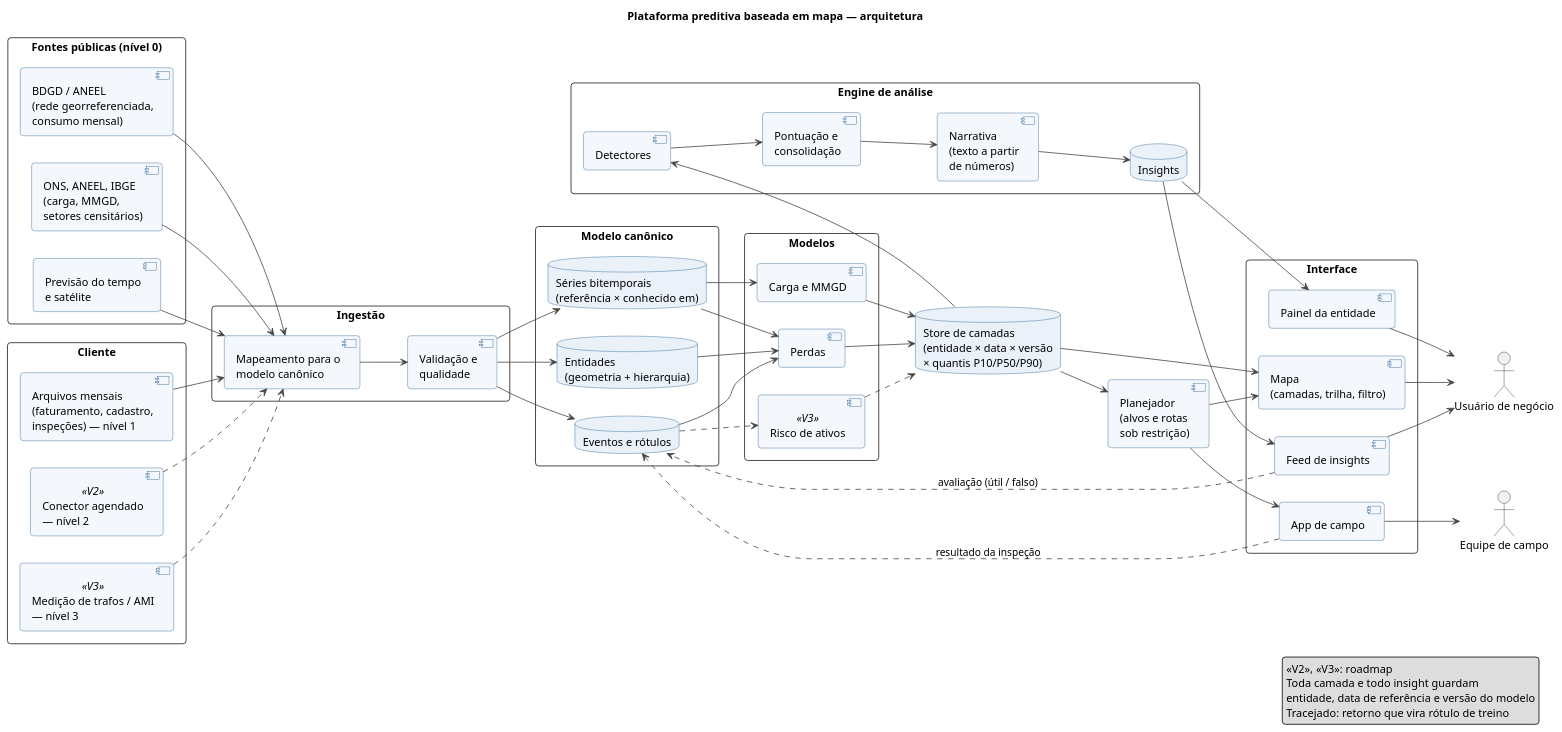
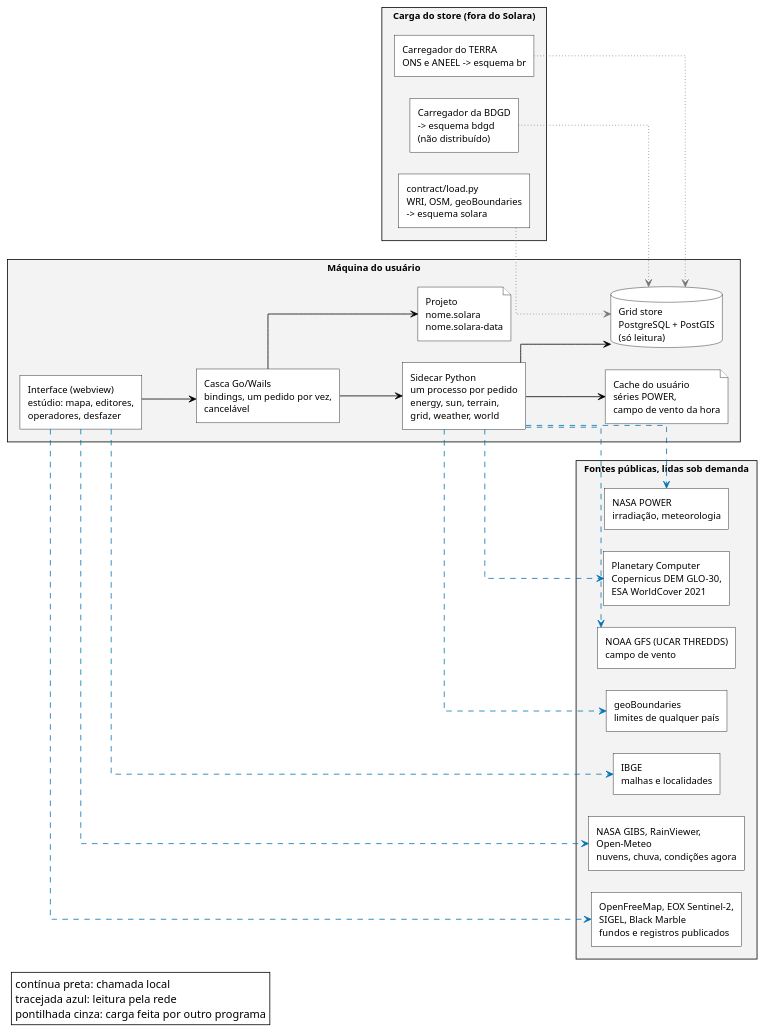
Before and after one commit to rexionmars/lucertae-research: the first of 2 diagrams in docs/product/diagrams/plataforma-mapa.puml, drawn with PlantUML. The commit also changed other lines of this file and 172 other files, not shown here.

```diff
--- a/docs/product/diagrams/plataforma-mapa.puml
+++ b/docs/product/diagrams/plataforma-mapa.puml
@@ -94,116 +15,86 @@
-@startuml arquitetura-mapa
-title Plataforma preditiva baseada em mapa — arquitetura
-
+@startuml arquitetura-solara
 left to right direction
 skinparam defaultFontName Helvetica
+skinparam defaultFontSize 12
 skinparam shadowing false
-skinparam roundcorner 8
+skinparam roundcorner 0
+skinparam linetype ortho
+skinparam nodesep 28
+skinparam ranksep 70
 skinparam packageStyle rectangle
-skinparam ArrowColor #444444
+skinparam ArrowColor #000000
+skinparam package {
+  BackgroundColor #F3F3F3
+  BorderColor #000000
+  FontStyle bold
+}
 skinparam component {
-  BackgroundColor #F4F8FC
-  BorderColor #1C568C
+  BackgroundColor #FFFFFF
+  BorderColor #000000
+  Style rectangle
 }
 skinparam database {
-  BackgroundColor #EAF1F8
-  BorderColor #1C568C
+  BackgroundColor #FFFFFF
+  BorderColor #000000
+}
+skinparam file {
+  BackgroundColor #FFFFFF
+  BorderColor #000000
+}
+skinparam legend {
+  BackgroundColor #FFFFFF
+  BorderColor #000000
 }
 
-package "Fontes públicas (nível 0)" as pub {
-  component "BDGD / ANEEL\n(rede georreferenciada,\nconsumo mensal)" as bdgd
-  component "ONS, ANEEL, IBGE\n(carga, MMGD,\nsetores censitários)" as publicos
-  component "Previsão do tempo\ne satélite" as nwp
+package "Carga do store (fora do Solara)" as carga {
+  component "Carregador do TERRA\nONS e ANEEL -> esquema br" as l_terra
+  component "Carregador da BDGD\n-> esquema bdgd\n(não distribuído)" as l_bdgd
+  component "contract/load.py\nWRI, OSM, geoBoundaries\n-> esquema solara" as l_contrato
 }
 
-package "Cliente" as cli {
-  component "Arquivos mensais\n(faturamento, cadastro,\ninspeções) — nível 1" as arquivos
-  component "Conector agendado\n— nível 2" as conector <<V2>>
-  component "Medição de trafos / AMI\n— nível 3" as medicao <<V3>>
+package "Máquina do usuário" as maq {
+  database "Grid store\nPostgreSQL + PostGIS\n(só leitura)" as store
+  component "Sidecar Python\num processo por pedido\nenergy, sun, terrain,\ngrid, weather, world" as sidecar
+  component "Casca Go/Wails\nbindings, um pedido por vez,\ncancelável" as casca
+  component "Interface (webview)\nestúdio: mapa, editores,\noperadores, desfazer" as ui
+  file "Projeto\nnome.solara\nnome.solara-data" as projeto
+  file "Cache do usuário\nséries POWER,\ncampo de vento da hora" as cache
 }
 
-package "Ingestão" as ing {
-  component "Mapeamento para o\nmodelo canônico" as mapeamento
-  component "Validação e\nqualidade" as validacao
+package "Fontes públicas, lidas sob demanda" as pub {
+  component "NASA POWER\nirradiação, meteorologia" as power
+  component "Planetary Computer\nCopernicus DEM GLO-30,\nESA WorldCover 2021" as pc
+  component "NOAA GFS (UCAR THREDDS)\ncampo de vento" as gfs
+  component "geoBoundaries\nlimites de qualquer país" as geob
+  component "IBGE\nmalhas e localidades" as ibge
+  component "NASA GIBS, RainViewer,\nOpen-Meteo\nnuvens, chuva, condições agora" as tempo
+  component "OpenFreeMap, EOX Sentinel-2,\nSIGEL, Black Marble\nfundos e registros publicados" as fundos
 }
 
-package "Modelo canônico" as mc {
-  database "Entidades\n(geometria + hierarquia)" as entidades
-  database "Séries bitemporais\n(referência × conhecido em)" as series
-  database "Eventos e rótulos" as rotulos
-}
+' chamada local: contínua preta
+ui --> casca
+casca --> sidecar
+sidecar --> store
+casca --> projeto
+sidecar --> cache
 
-package "Modelos" as mod {
-  component "Perdas" as m_perdas
-  component "Carga e MMGD" as m_carga
-  component "Risco de ativos" as m_risco <<V3>>
-}
+' leitura pela rede: tracejada azul
+sidecar -[#0072B2,dashed]-> power
+sidecar -[#0072B2,dashed]-> pc
+sidecar -[#0072B2,dashed]-> gfs
+sidecar -[#0072B2,dashed]-> geob
+ui -[#0072B2,dashed]-> ibge
+ui -[#0072B2,dashed]-> tempo
+ui -[#0072B2,dashed]-> fundos
 
-database "Store de camadas\n(entidade × data × versão\n× quantis P10/P50/P90)" as camadas
+' carga feita por outro programa: pontilhada cinza
+l_terra -[#777777,dotted]-> store
+l_bdgd -[#777777,dotted]-> store
+l_contrato -[#777777,dotted]-> store
 
-package "Engine de análise" as eng {
-  component "Detectores" as detectores
-  component "Pontuação e\nconsolidação" as pontuacao
-  component "Narrativa\n(texto a partir\nde números)" as narrativa
-  database "Insights" as insights
-}
-
-component "Planejador\n(alvos e rotas\nsob restrição)" as planejador
-
-package "Interface" as ui {
-  component "Mapa\n(camadas, trilha, filtro)" as mapa
-  component "Feed de insights" as feed
-  component "Painel da entidade" as painel
-  component "App de campo" as appcampo
-}
-
-actor "Usuário de negócio" as usuario
-actor "Equipe de campo" as campo
-
-bdgd --> mapeamento
-publicos --> mapeamento
-nwp --> mapeamento
-arquivos --> mapeamento
-conector ..> mapeamento
-medicao ..> mapeamento
-mapeamento --> validacao
-validacao --> entidades
-validacao --> series
-validacao --> rotulos
-
-entidades --> m_perdas
-series --> m_perdas
-rotulos --> m_perdas
-series --> m_carga
-rotulos ..> m_risco
-
-m_perdas --> camadas
-m_carga --> camadas
-m_risco ..> camadas
-
-camadas --> detectores
-detectores --> pontuacao
-pontuacao --> narrativa
-narrativa --> insights
-
-camadas --> mapa
-camadas --> planejador
-insights --> feed
-insights --> painel
-planejador --> mapa
-planejador --> appcampo
-
-mapa --> usuario
-feed --> usuario
-painel --> usuario
-appcampo --> campo
-
-feed ..> rotulos : avaliação (útil / falso)
-appcampo ..> rotulos : resultado da inspeção
-
-legend right
-  <<V2>>, <<V3>>: roadmap
-  Toda camada e todo insight guardam
-  entidade, data de referência e versão do modelo
-  Tracejado: retorno que vira rótulo de treino
+legend bottom left
+  contínua preta: chamada local
+  tracejada azul: leitura pela rede
+  pontilhada cinza: carga feita por outro programa
 end legend
 @enduml
```
